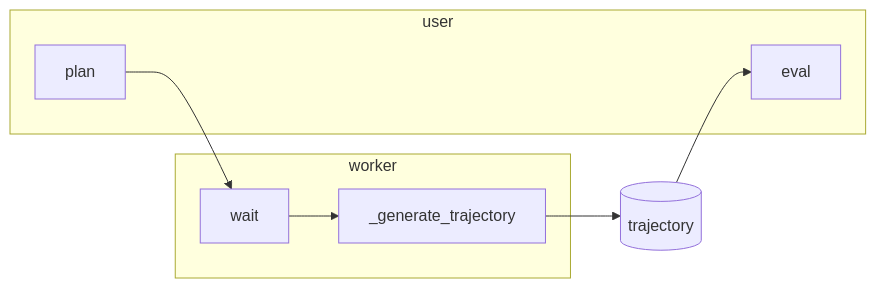
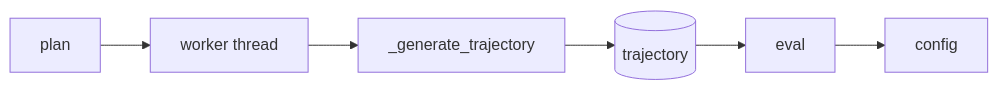
One commit to SeonilChoi/robot_manager changed the diagram in src/robot_manager/planner/README.md. Above: the diagram before and after it, drawn with Mermaid. The commit also changed other lines of this file and 7 other files, not shown here.

````diff
--- a/src/robot_manager/planner/README.md
+++ b/src/robot_manager/planner/README.md
@@ -9,15 +5,8 @@
 ```mermaid
 flowchart LR
-  subgraph user
-    P[plan]
-    E[eval]
-  end
-  subgraph worker
-    W[wait]
-    G[_generate_trajectory]
-  end
-  P --> W
-  W --> G
+  plan[plan] --> worker[worker thread]
+  worker --> G[_generate_trajectory]
   G --> traj[(trajectory)]
-  traj --> E
+  traj --> eval[eval]
+  eval --> config[config]
 ```
````
